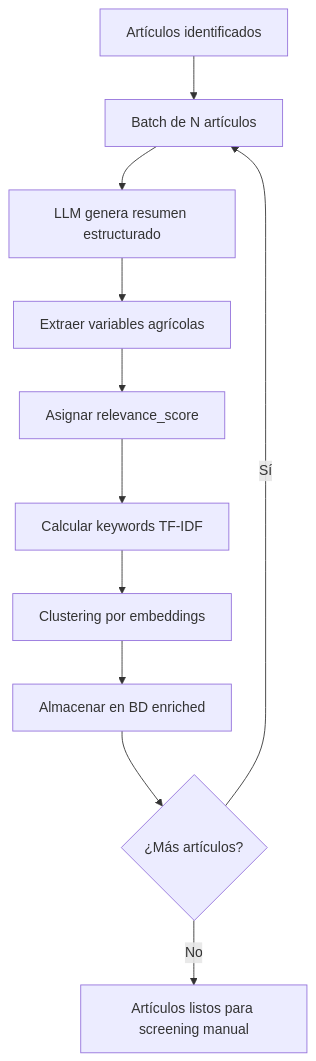
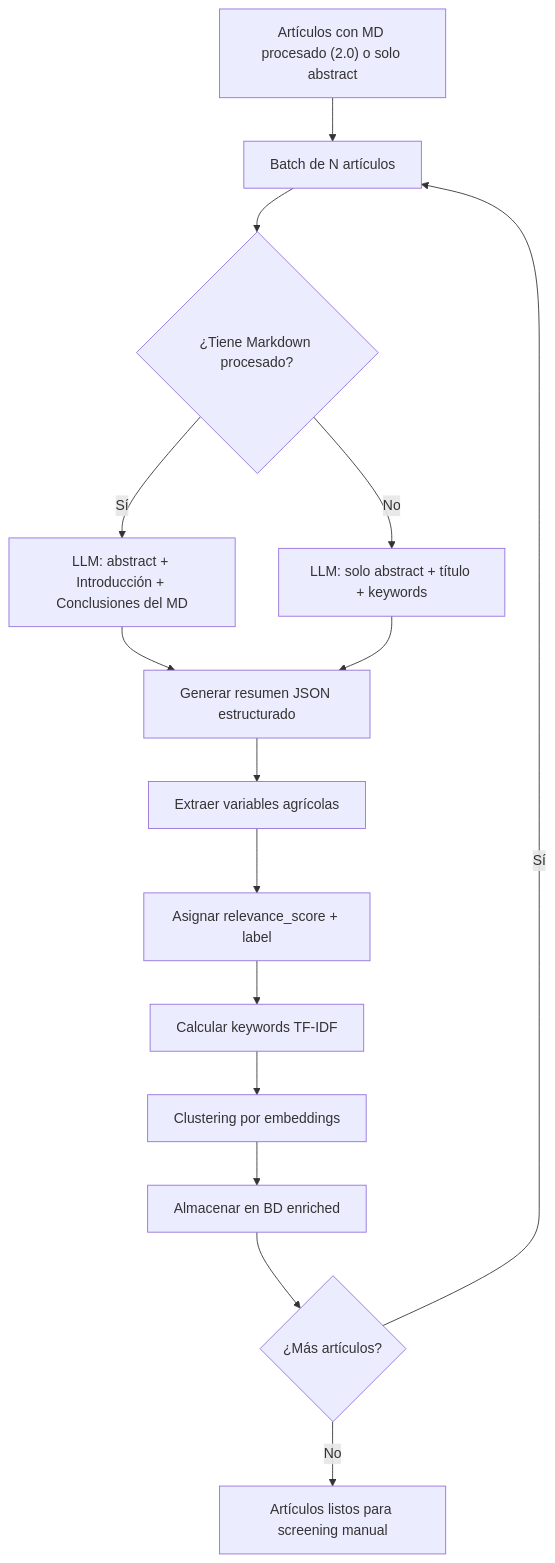
One commit to AlexPrietoRomani/AgriSearch changed the fifth of 13 diagrams in docs/plan_a_seguir.md. Above: the diagram before and after it, drawn with Mermaid. The commit also changed other lines of this file and 38 other files, not shown here.

````diff
--- a/docs/plan_a_seguir.md
+++ b/docs/plan_a_seguir.md
@@ -604,13 +742,17 @@
 ```mermaid
 graph TD
-    A[Artículos identificados] --> B[Batch de N artículos]
-    B --> C[LLM genera resumen estructurado]
-    C --> D[Extraer variables agrícolas]
-    D --> E[Asignar relevance_score]
-    E --> F[Calcular keywords TF-IDF]
-    F --> G[Clustering por embeddings]
-    G --> H[Almacenar en BD enriched]
-    H --> I{¿Más artículos?}
-    I -->|Sí| B
-    I -->|No| J[Artículos listos para screening manual]
+    A["Artículos con MD procesado (2.0) o solo abstract"] --> B["Batch de N artículos"]
+    B --> C{"¿Tiene Markdown procesado?"}
+    C -->|Sí| D["LLM: abstract + Introducción + Conclusiones del MD"]
+    C -->|No| E["LLM: solo abstract + título + keywords"]
+    D --> F["Generar resumen JSON estructurado"]
+    E --> F
+    F --> G["Extraer variables agrícolas"]
+    G --> H["Asignar relevance_score + label"]
+    H --> I["Calcular keywords TF-IDF"]
+    I --> J["Clustering por embeddings"]
+    J --> K["Almacenar en BD enriched"]
+    K --> L{"¿Más artículos?"}
+    L -->|Sí| B
+    L -->|No| M["Artículos listos para screening manual"]
 ```
````
